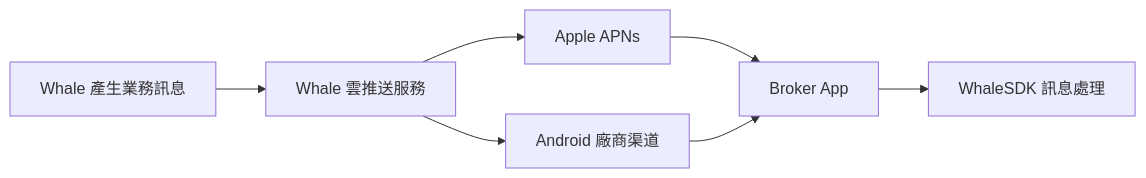
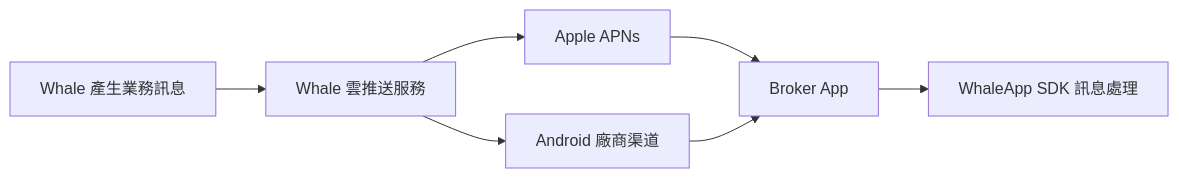
Before and after one commit to longbridge/whale-docs: the first of 2 diagrams in zh-Hant/docs/message-push-options.mdx, drawn with Mermaid. The commit also changed other lines of this file and 50 other files, not shown here.

Commit message:
docs: define Whale SDK product hierarchy

````diff
--- a/zh-Hant/docs/message-push-options.mdx
+++ b/zh-Hant/docs/message-push-options.mdx
@@ -18,9 +18,9 @@
 ```mermaid
 flowchart LR
   A[Whale 產生業務訊息] --> B[Whale 雲推送服務]
   B --> C[Apple APNs]
   B --> D[Android 廠商渠道]
   C --> E[Broker App]
   D --> E
-  E --> F[WhaleSDK 訊息處理]
+  E --> F[WhaleApp SDK 訊息處理]
 ```
````
